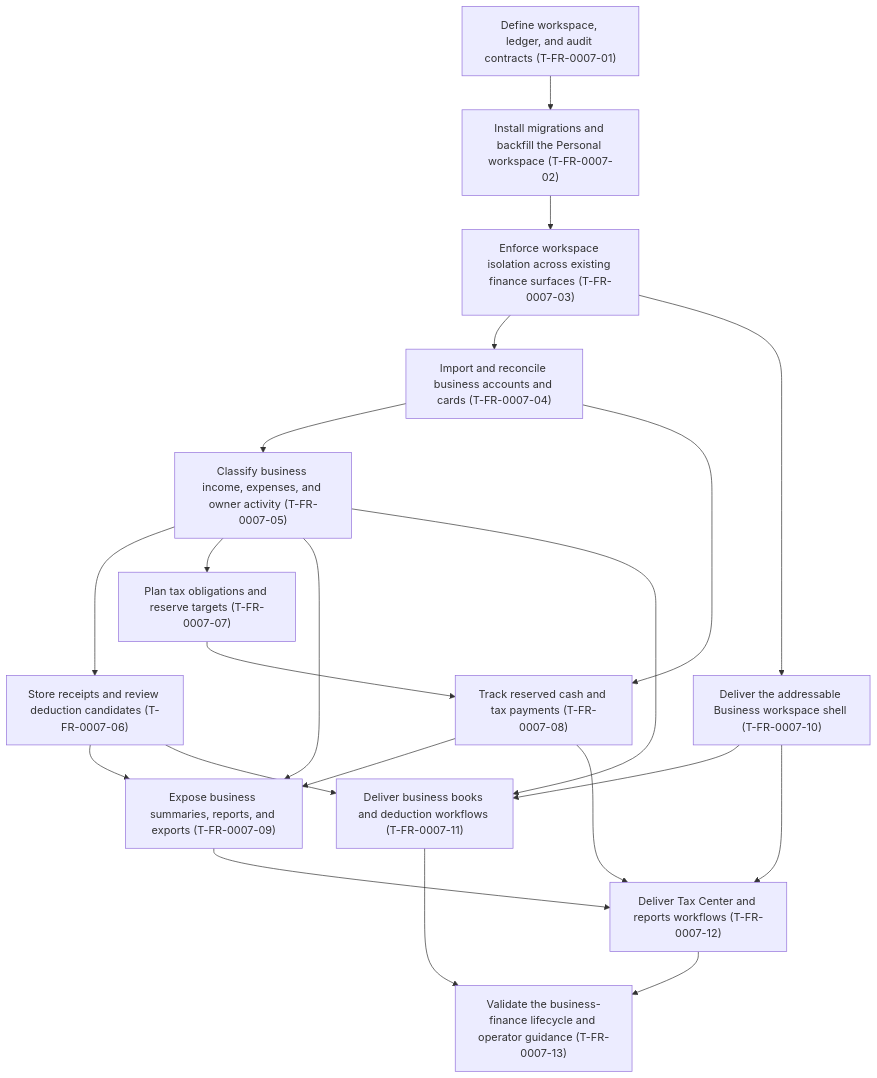
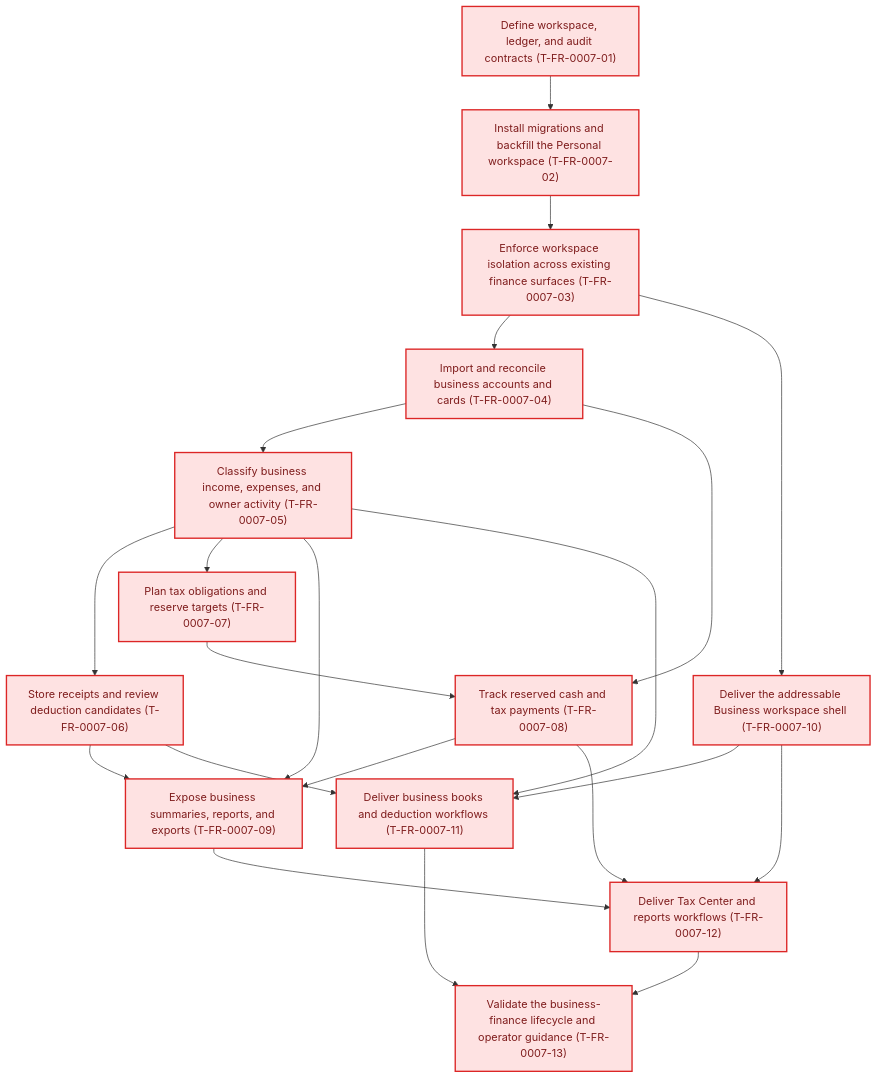
One commit to mcelhennyi/Finance changed the diagram in tasks/feature-history/FR-0007-business-finance-management/20-tickets-dag.md. Above: the diagram before and after it, drawn with Mermaid. The commit also changed other lines of this file and 64 other files, not shown here.

````diff
--- a/tasks/feature-history/FR-0007-business-finance-management/20-tickets-dag.md
+++ b/tasks/feature-history/FR-0007-business-finance-management/20-tickets-dag.md
@@ -23,36 +9,41 @@
 ```mermaid
 flowchart TB
   T01["Define workspace, ledger, and audit contracts (T-FR-0007-01)"]
   T02["Install migrations and backfill the Personal workspace (T-FR-0007-02)"]
   T03["Enforce workspace isolation across existing finance surfaces (T-FR-0007-03)"]
   T04["Import and reconcile business accounts and cards (T-FR-0007-04)"]
   T05["Classify business income, expenses, and owner activity (T-FR-0007-05)"]
   T06["Store receipts and review deduction candidates (T-FR-0007-06)"]
   T07["Plan tax obligations and reserve targets (T-FR-0007-07)"]
   T08["Track reserved cash and tax payments (T-FR-0007-08)"]
   T09["Expose business summaries, reports, and exports (T-FR-0007-09)"]
   T10["Deliver the addressable Business workspace shell (T-FR-0007-10)"]
   T11["Deliver business books and deduction workflows (T-FR-0007-11)"]
   T12["Deliver Tax Center and reports workflows (T-FR-0007-12)"]
   T13["Validate the business-finance lifecycle and operator guidance (T-FR-0007-13)"]
 
   T01 --> T02 --> T03
   T03 --> T04
   T03 --> T10
   T04 --> T05
   T05 --> T06
   T05 --> T07
   T04 --> T08
   T07 --> T08
   T05 --> T09
   T06 --> T09
   T08 --> T09
   T05 --> T11
   T06 --> T11
   T10 --> T11
   T08 --> T12
   T09 --> T12
   T10 --> T12
   T11 --> T13
   T12 --> T13
+
+  classDef completed fill:#dcfce7,stroke:#16a34a,color:#14532d,stroke-width:2px
+  classDef inDevelopment fill:#fef3c7,stroke:#d97706,color:#78350f,stroke-width:2px
+  classDef outstanding fill:#fee2e2,stroke:#dc2626,color:#7f1d1d,stroke-width:2px
+  class T01,T02,T03,T04,T05,T06,T07,T08,T09,T10,T11,T12,T13 outstanding
 ```
````
